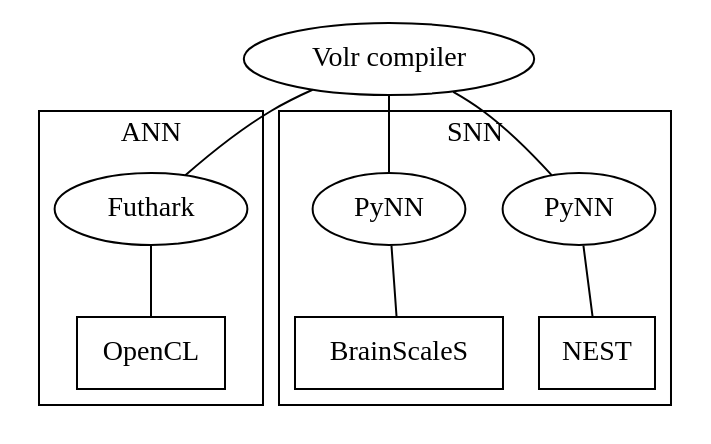
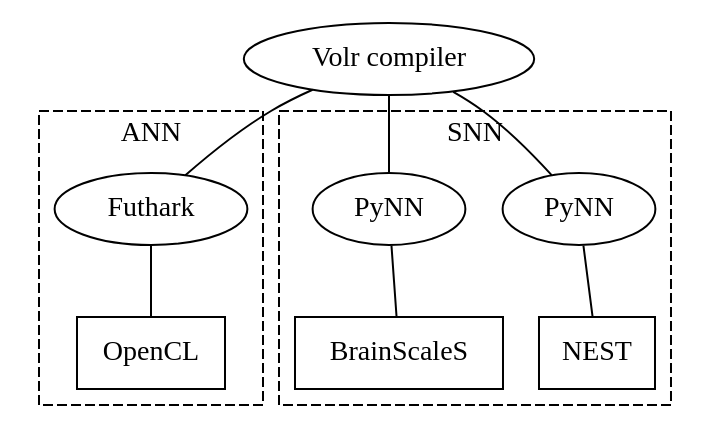
One commit to Jegp/thesis changed the diagram in report/images/volr-architecture.dot. Above: the diagram before and after it, drawn with Graphviz. The commit also changed 1 other file, not shown here.

```diff
--- a/report/images/volr-architecture.dot
+++ b/report/images/volr-architecture.dot
@@ -1,20 +1,22 @@
 graph {
   "Volr compiler"
   subgraph cluster_ann {
     label="ANN";
+    style="dashed";
     OpenCL [shape="box"]
     Futhark -- OpenCL
   }
   subgraph cluster_snn {
     label="SNN"
+    style="dashed";
     BrainScaleS [shape="box"]
     NEST [shape="box"]
     PyNN0 -- NEST
     PyNN1 -- BrainScaleS
   }
 
   "Volr compiler" -- PyNN0
   "Volr compiler" -- PyNN1
   "Volr compiler" -- Futhark
   PyNN0, PyNN1 [label="PyNN"]
 }
```
